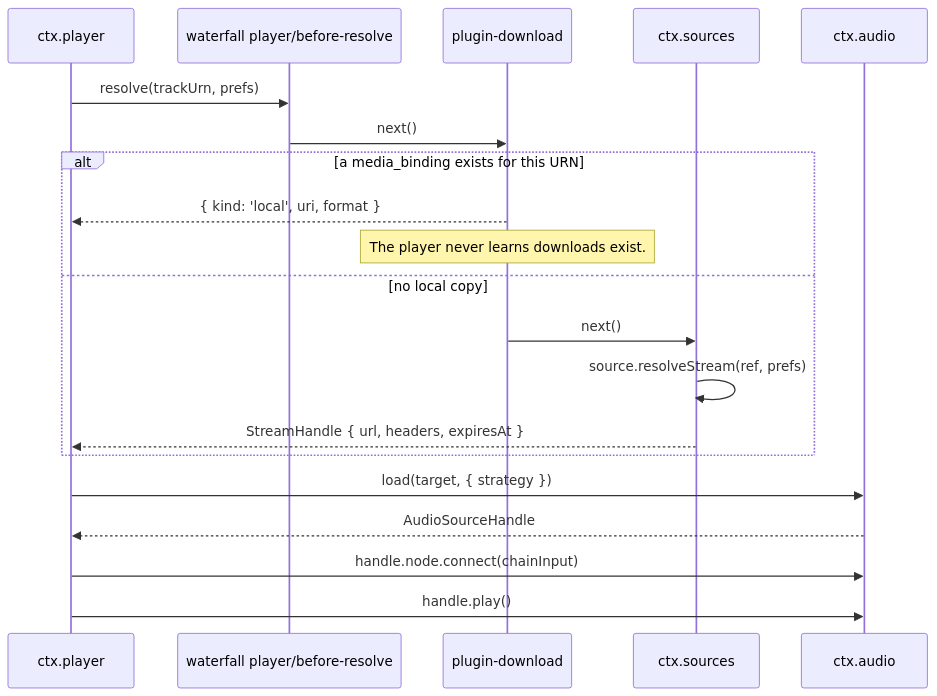
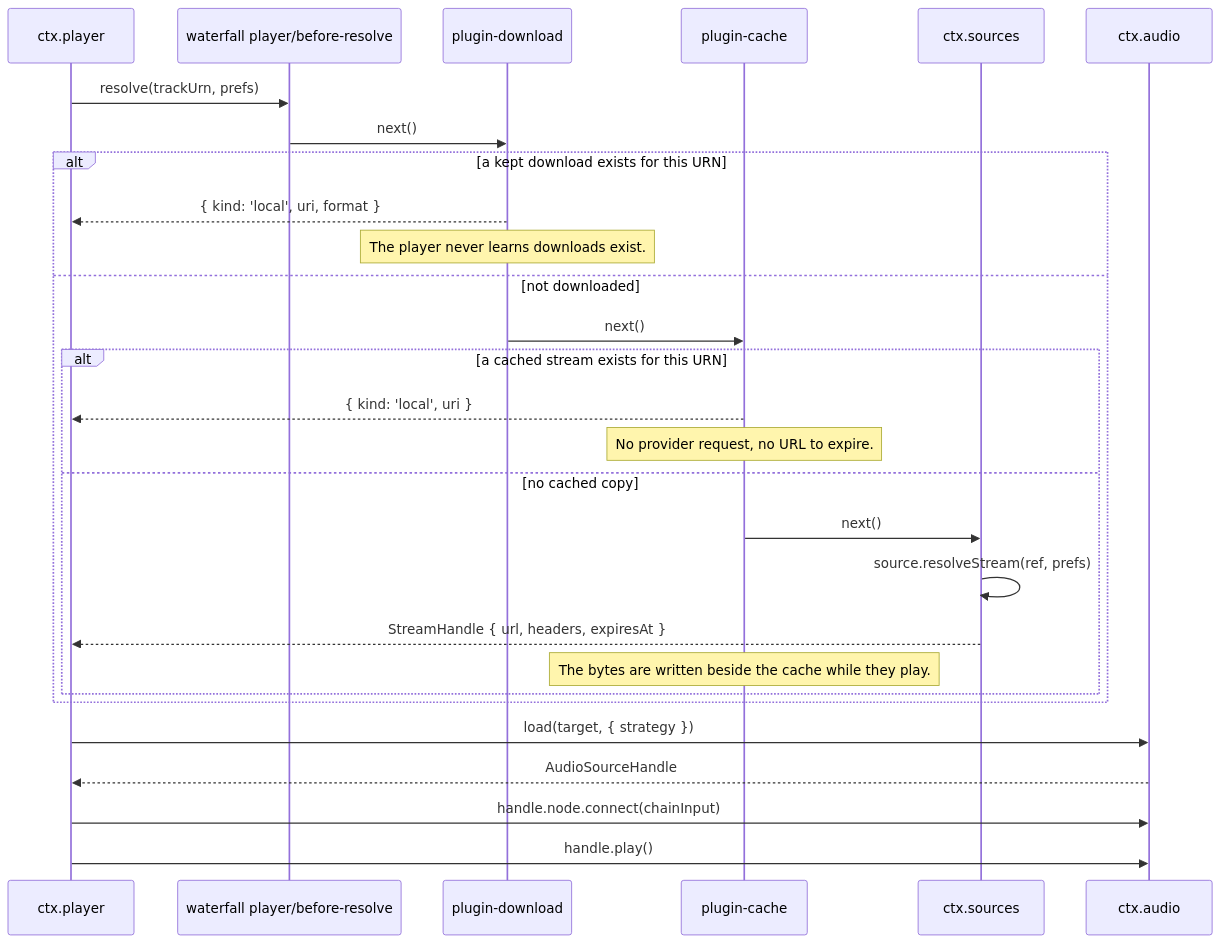
One commit to BBeBeeX/B_Be_Bee_X changed the fourth of 4 diagrams in docs/05-audio-playback.md. Above: the diagram before and after it, drawn with Mermaid. The commit also changed other lines of this file and 35 other files, not shown here.

First line of the commit message:
feat(plugin-cache): implement caching for artwork and remote audio streams

````diff
--- a/docs/05-audio-playback.md
+++ b/docs/05-audio-playback.md
@@ -208,23 +208,31 @@
 ```mermaid
 sequenceDiagram
     participant Q as ctx.player
     participant W as waterfall player/before-resolve
     participant DL as plugin-download
+    participant C as plugin-cache
     participant SRC as ctx.sources
     participant A as ctx.audio
 
     Q->>W: resolve(trackUrn, prefs)
     W->>DL: next()
-    alt a media_binding exists for this URN
+    alt a kept download exists for this URN
         DL-->>Q: { kind: 'local', uri, format }
         Note over DL: The player never learns downloads exist.
-    else no local copy
-        DL->>SRC: next()
-        SRC->>SRC: source.resolveStream(ref, prefs)
-        SRC-->>Q: StreamHandle { url, headers, expiresAt }
+    else not downloaded
+        DL->>C: next()
+        alt a cached stream exists for this URN
+            C-->>Q: { kind: 'local', uri }
+            Note over C: No provider request, no URL to expire.
+        else no cached copy
+            C->>SRC: next()
+            SRC->>SRC: source.resolveStream(ref, prefs)
+            SRC-->>Q: StreamHandle { url, headers, expiresAt }
+            Note over C: The bytes are written beside the cache while they play.
+        end
     end
     Q->>A: load(target, { strategy })
     A-->>Q: AudioSourceHandle
     Q->>A: handle.node.connect(chainInput)
     Q->>A: handle.play()
 ```
````
